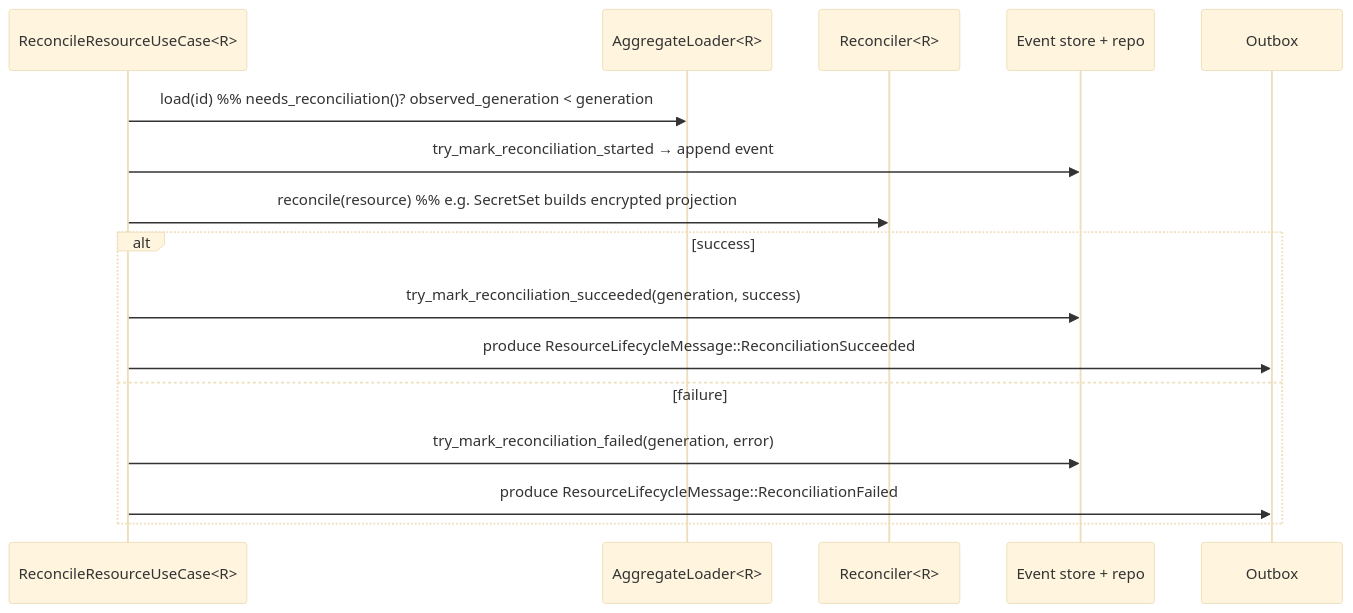
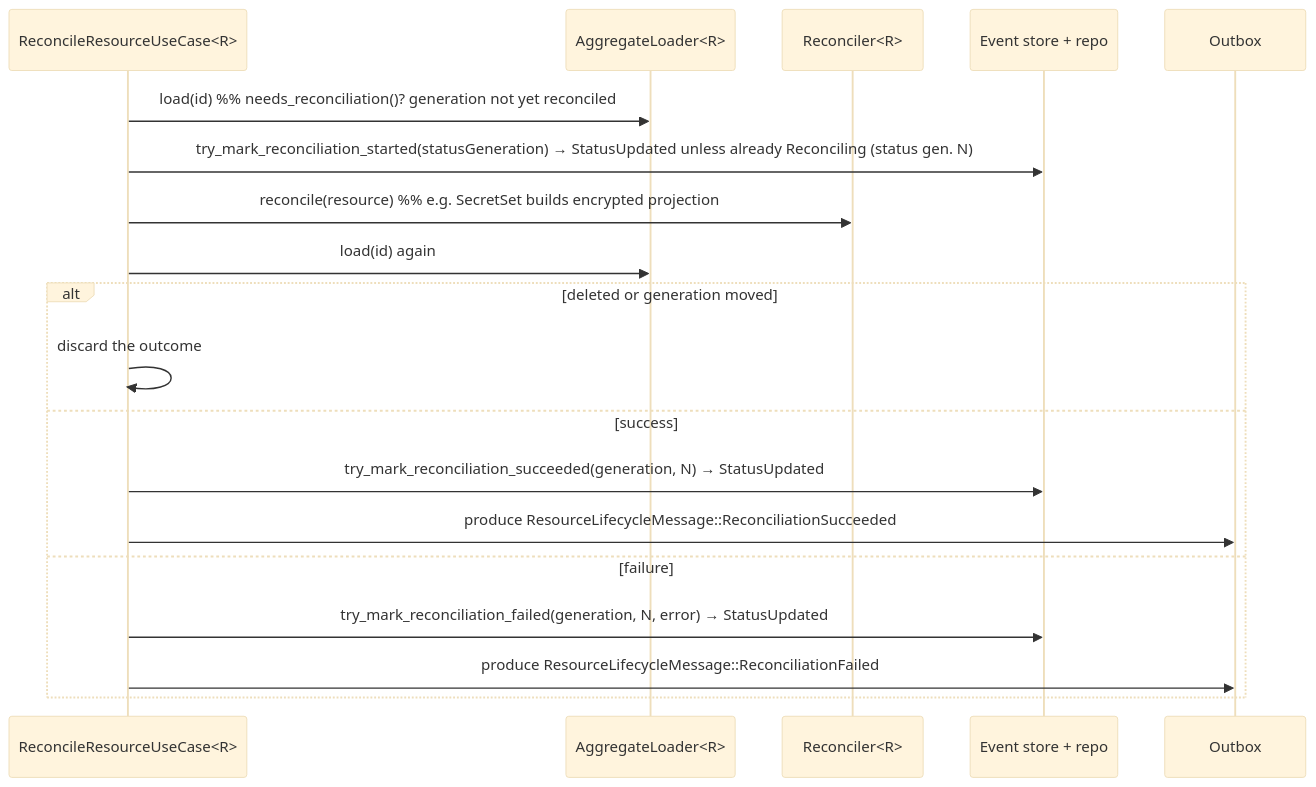
One commit to kamu-data/kamu-cli changed the third of 5 diagrams in docs/internal/resources-framework.md. Above: the diagram before and after it, drawn with Mermaid (base theme). The commit also changed other lines of this file and 92 other files, not shown here.

First line of the commit message:
Resources: `statusGeneration` with compare-and-swap status updates (#1749)

````diff
--- a/docs/internal/resources-framework.md
+++ b/docs/internal/resources-framework.md
@@ -1233,19 +1259,22 @@
 ```mermaid
 sequenceDiagram
     participant UC as ReconcileResourceUseCase<R>
     participant L as AggregateLoader<R>
     participant Rec as Reconciler<R>
     participant ST as Event store + repo
     participant OB as Outbox
 
-    UC->>L: load(id)  %% needs_reconciliation()? observed_generation < generation
-    UC->>ST: try_mark_reconciliation_started → append event
+    UC->>L: load(id)  %% needs_reconciliation()? generation not yet reconciled
+    UC->>ST: try_mark_reconciliation_started(statusGeneration) → StatusUpdated unless already Reconciling (status gen. N)
     UC->>Rec: reconcile(resource)  %% e.g. SecretSet builds encrypted projection
-    alt success
-        UC->>ST: try_mark_reconciliation_succeeded(generation, success)
+    UC->>L: load(id) again
+    alt deleted or generation moved
+        UC->>UC: discard the outcome
+    else success
+        UC->>ST: try_mark_reconciliation_succeeded(generation, N) → StatusUpdated
         UC->>OB: produce ResourceLifecycleMessage::ReconciliationSucceeded
     else failure
-        UC->>ST: try_mark_reconciliation_failed(generation, error)
+        UC->>ST: try_mark_reconciliation_failed(generation, N, error) → StatusUpdated
         UC->>OB: produce ResourceLifecycleMessage::ReconciliationFailed
     end
 ```
````
